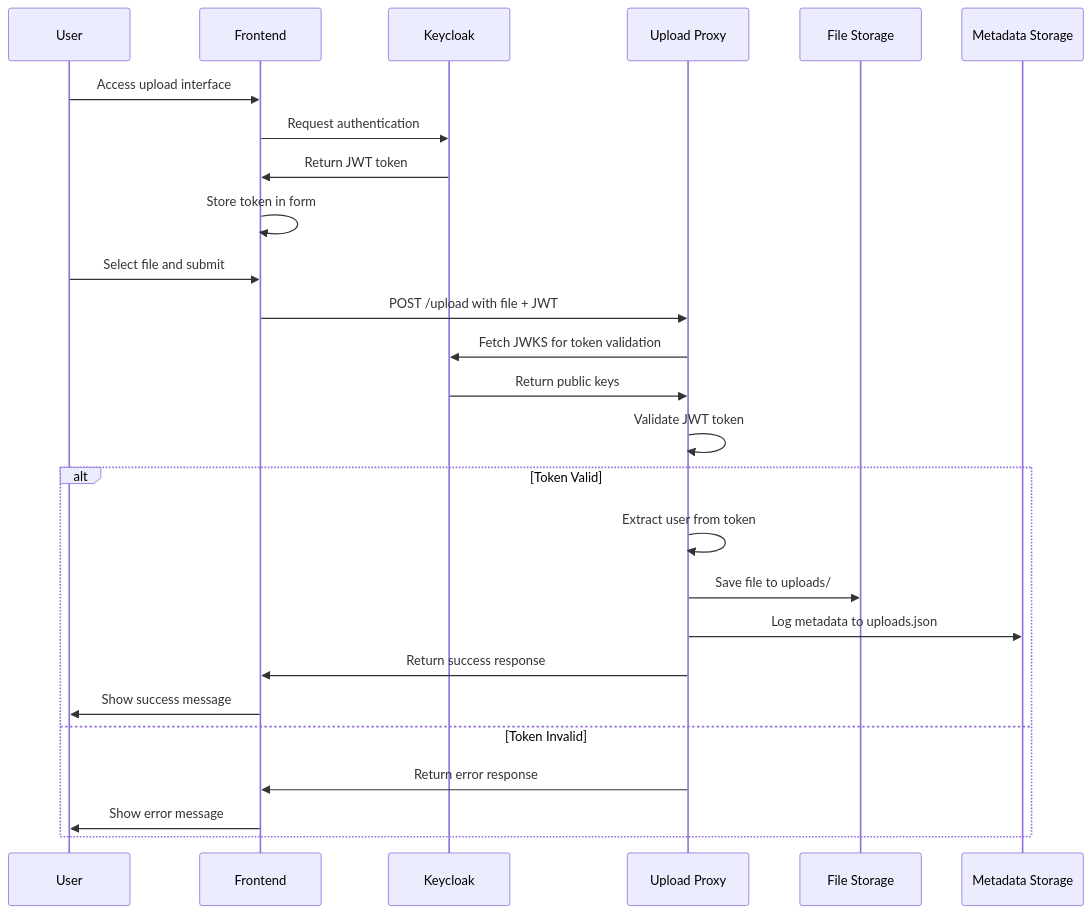
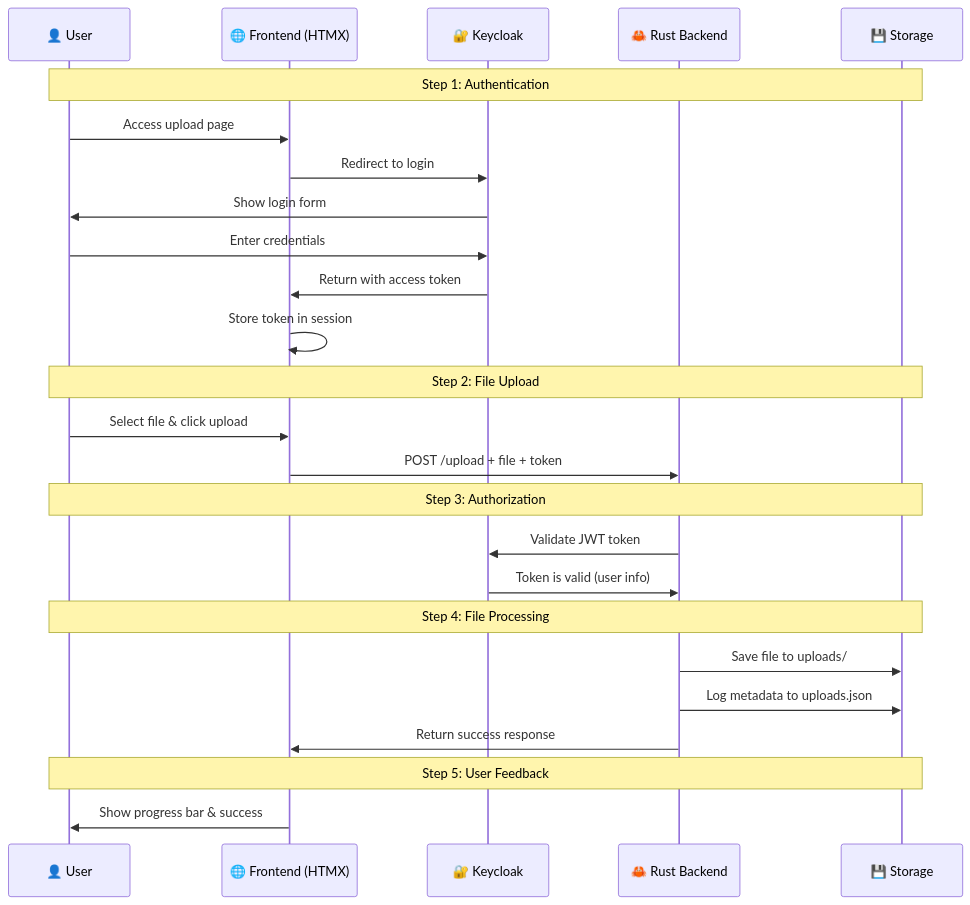
Before and after one commit to Guy-Ghis/file-uploader: the second of 10 diagrams in flow.md, drawn with Mermaid. The commit also changed other lines of this file, not shown here.

````diff
--- a/flow.md
+++ b/flow.md
@@ -81,35 +104,32 @@
 ```mermaid
 sequenceDiagram
-    participant U as User
-    participant F as Frontend
-    participant K as Keycloak
-    participant UP as Upload Proxy
-    participant FS as File Storage
-    participant MS as Metadata Storage
+    participant U as 👤 User
+    participant F as 🌐 Frontend (HTMX)
+    participant K as 🔐 Keycloak
+    participant R as 🦀 Rust Backend
+    participant S as 💾 Storage
     
-    %% Authentication
-    U->>F: Access upload interface
-    F->>K: Request authentication
-    K->>F: Return JWT token
-    F->>F: Store token in form
+    Note over U,S: Step 1: Authentication
+    U->>F: Access upload page
+    F->>K: Redirect to login
+    K->>U: Show login form
+    U->>K: Enter credentials
+    K->>F: Return with access token
+    F->>F: Store token in session
     
-    %% File Upload
-    U->>F: Select file and submit
-    F->>UP: POST /upload with file + JWT
+    Note over U,S: Step 2: File Upload
+    U->>F: Select file & click upload
+    F->>R: POST /upload + file + token
     
-    %% Token Validation
-    UP->>K: Fetch JWKS for token validation
-    K->>UP: Return public keys
-    UP->>UP: Validate JWT token
+    Note over U,S: Step 3: Authorization
+    R->>K: Validate JWT token
+    K->>R: Token is valid (user info)
     
-    alt Token Valid
-        UP->>UP: Extract user from token
-        UP->>FS: Save file to uploads/
-        UP->>MS: Log metadata to uploads.json
-        UP->>F: Return success response
-        F->>U: Show success message
-    else Token Invalid
-        UP->>F: Return error response
-        F->>U: Show error message
-    end
+    Note over U,S: Step 4: File Processing
+    R->>S: Save file to uploads/
+    R->>S: Log metadata to uploads.json
+    R->>F: Return success response
+    
+    Note over U,S: Step 5: User Feedback
+    F->>U: Show progress bar & success
 ```
````
